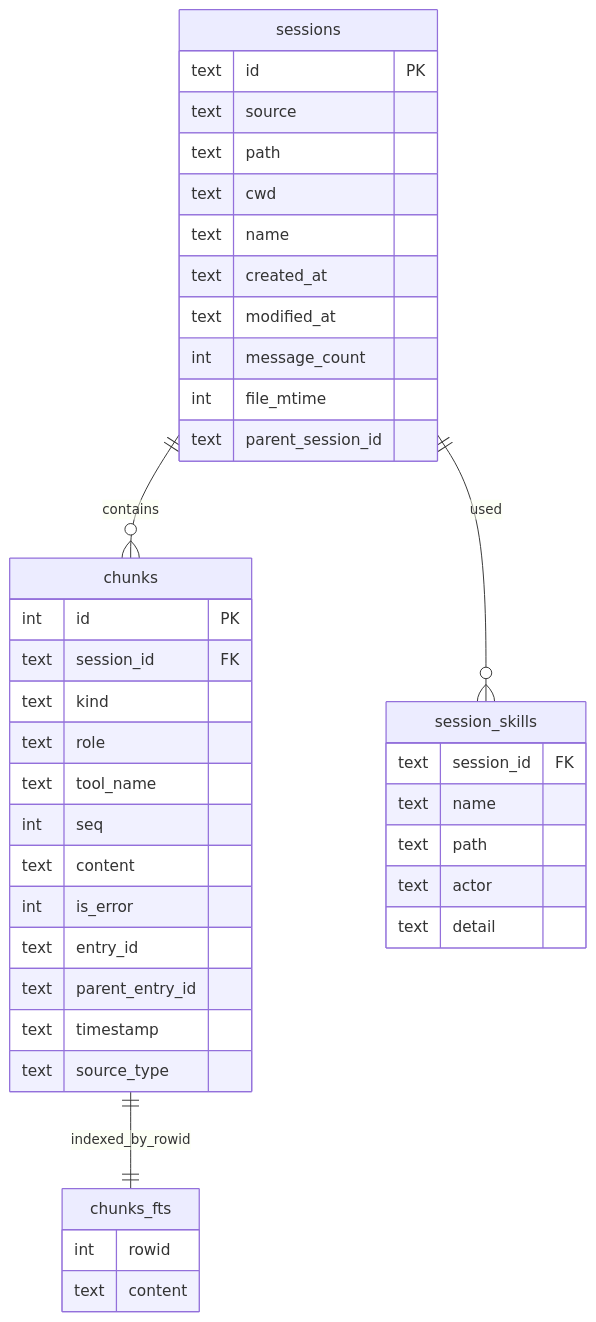
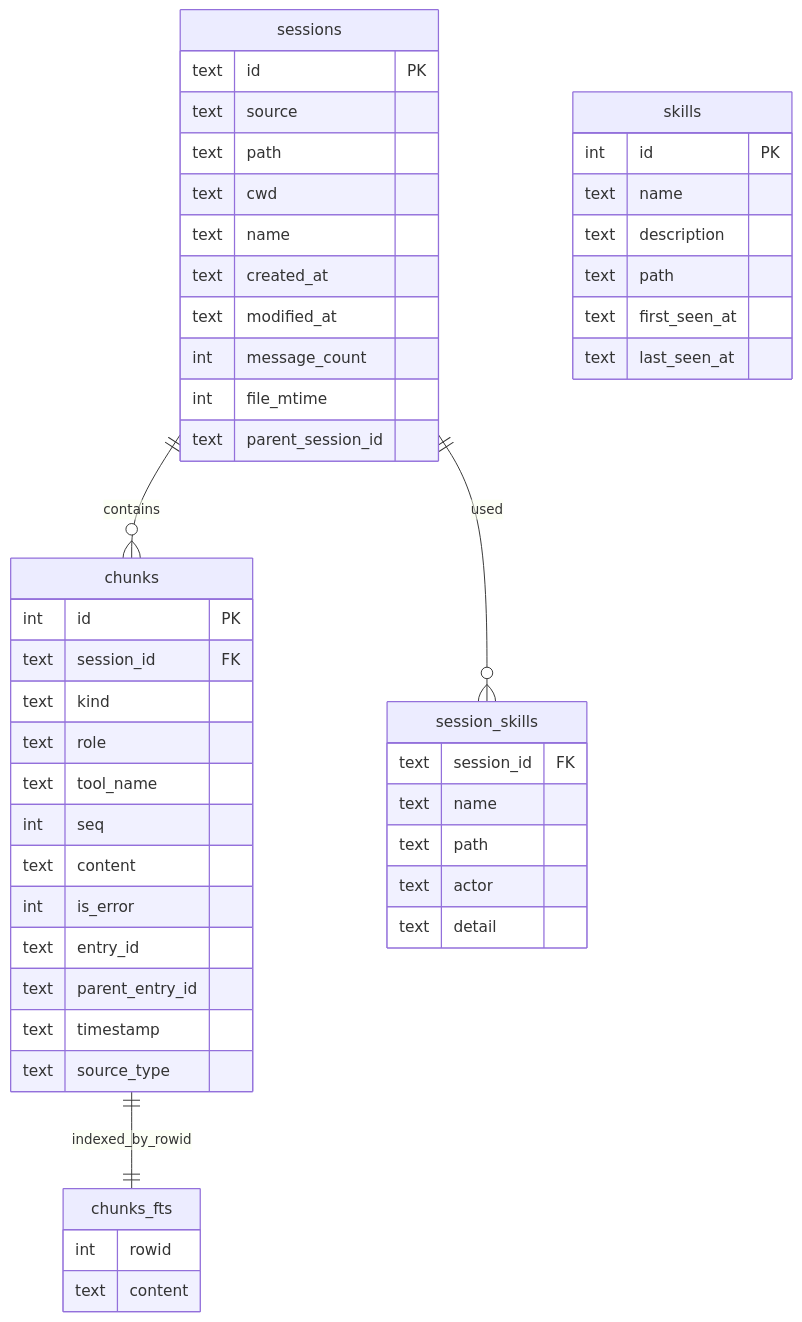
The second of 2 diagrams in docs/indexing.md (aliou/sesame), drawn with Mermaid before and after one commit. The commit also changed other lines of this file and 15 other files, not shown here.

````diff
--- a/docs/indexing.md
+++ b/docs/indexing.md
@@ -163,47 +168,56 @@
 ```mermaid
 erDiagram
   sessions ||--o{ chunks : contains
   sessions ||--o{ session_skills : used
   chunks ||--|| chunks_fts : indexed_by_rowid
 
   sessions {
     text id PK
     text source
     text path
     text cwd
     text name
     text created_at
     text modified_at
     int message_count
     int file_mtime
     text parent_session_id
   }
 
   chunks {
     int id PK
     text session_id FK
     text kind
     text role
     text tool_name
     int seq
     text content
     int is_error
     text entry_id
     text parent_entry_id
     text timestamp
     text source_type
   }
 
   session_skills {
     text session_id FK
     text name
     text path
     text actor
     text detail
   }
 
+  skills {
+    int id PK
+    text name
+    text description
+    text path
+    text first_seen_at
+    text last_seen_at
+  }
+
   chunks_fts {
     int rowid
     text content
   }
 ```
````
